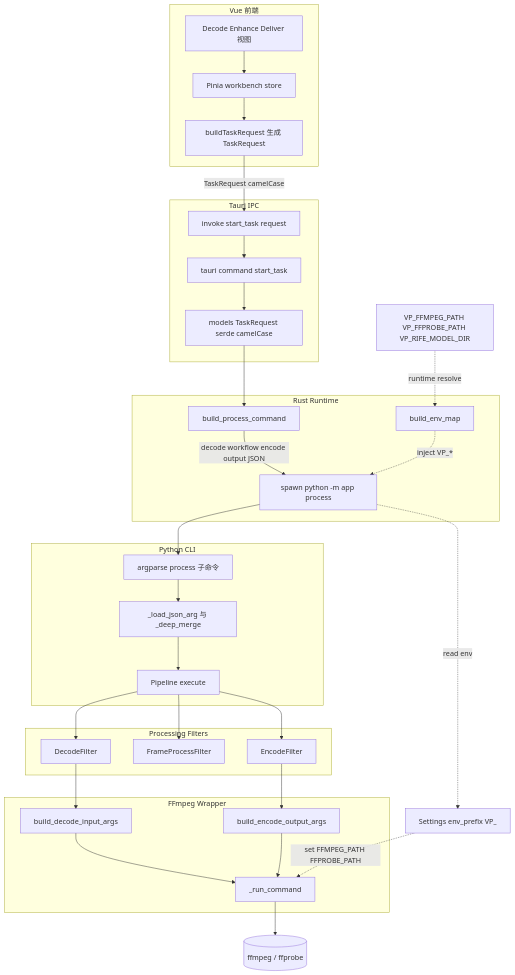
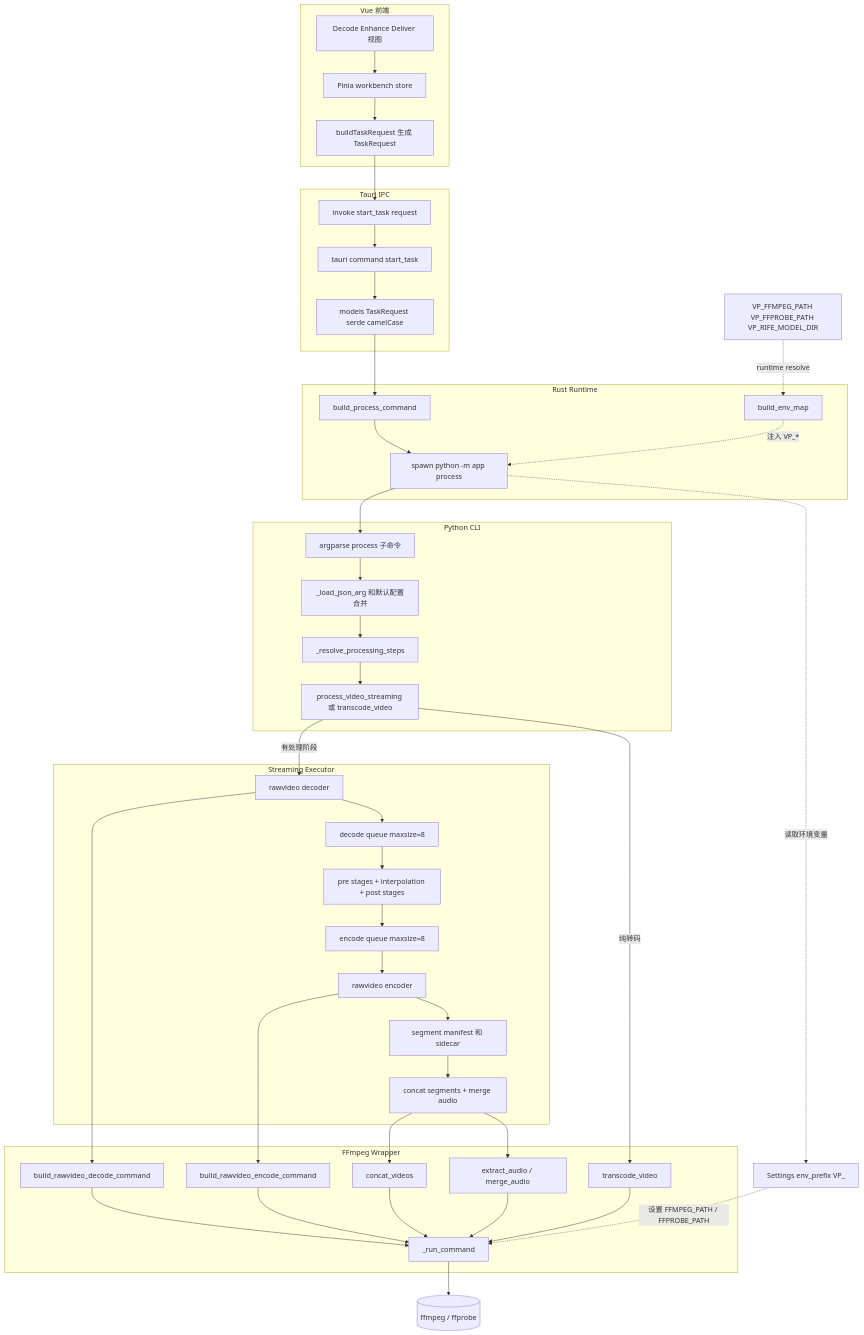
Before and after one commit to youge325/vp: the diagram in docs/architecture-parameter-flow.md, drawn with Mermaid. The commit also changed other lines of this file and 22 other files, not shown here.

````diff
--- a/docs/architecture-parameter-flow.md
+++ b/docs/architecture-parameter-flow.md
@@ -5,68 +5,70 @@
 ```mermaid
 graph TD
   subgraph FE[Vue 前端]
     FEView[Decode Enhance Deliver 视图]
     FEStore[Pinia workbench store]
     FEReq[buildTaskRequest 生成 TaskRequest]
   end
 
   subgraph IPC[Tauri IPC]
     FEInvoke[invoke start_task request]
     RSCommand[tauri command start_task]
     RSModel[models TaskRequest serde camelCase]
   end
 
   subgraph RT[Rust Runtime]
     RSBuild[build_process_command]
     RSEnv[build_env_map]
     RSPython[spawn python -m app process]
   end
 
   subgraph PY[Python CLI]
     PYParser[argparse process 子命令]
-    PYLoad[_load_json_arg 与 _deep_merge]
-    PYPipeline[Pipeline execute]
+    PYLoad[_load_json_arg 和默认配置合并]
+    PYPlan[_resolve_processing_steps]
+    PYExec[process_video_streaming 或 transcode_video]
   end
 
-  subgraph PF[Processing Filters]
-    PFDecode[DecodeFilter]
-    PFFrame[FrameProcessFilter]
-    PFEncode[EncodeFilter]
+  subgraph Stream[Streaming Executor]
+    SDecode[rawvideo decoder]
+    SQueue1[decode queue maxsize=8]
+    SProcess[pre stages + interpolation + post stages]
+    SQueue2[encode queue maxsize=8]
+    SEncode[rawvideo encoder]
+    SSegment[segment manifest 和 sidecar]
+    SFinalize[concat segments + merge audio]
   end
 
   subgraph FF[FFmpeg Wrapper]
-    FFDecode[build_decode_input_args]
-    FFEncode[build_encode_output_args]
+    FFDecode[build_rawvideo_decode_command]
+    FFEncode[build_rawvideo_encode_command]
+    FFConcat[concat_videos]
+    FFAudio[extract_audio / merge_audio]
+    FFDirect[transcode_video]
     FFRun[_run_command]
   end
 
   ENV[VP_FFMPEG_PATH VP_FFPROBE_PATH VP_RIFE_MODEL_DIR]
   CFG[Settings env_prefix VP_]
   BIN[(ffmpeg / ffprobe)]
 
-  FEView --> FEStore
-  FEStore --> FEReq
-  FEReq -->|TaskRequest camelCase| FEInvoke
-  FEInvoke --> RSCommand
-  RSCommand --> RSModel
-  RSModel --> RSBuild
-  RSBuild -->|decode workflow encode output JSON| RSPython
-  RSPython --> PYParser
-  PYParser --> PYLoad
-  PYLoad --> PYPipeline
+  FEView --> FEStore --> FEReq --> FEInvoke
+  FEInvoke --> RSCommand --> RSModel --> RSBuild --> RSPython
 
-  PYPipeline --> PFDecode
-  PYPipeline --> PFFrame
-  PYPipeline --> PFEncode
+  RSPython --> PYParser --> PYLoad --> PYPlan --> PYExec
 
-  PFDecode --> FFDecode
-  PFEncode --> FFEncode
-  FFDecode --> FFRun
-  FFEncode --> FFRun
-  FFRun --> BIN
+  PYExec -->|有处理阶段| SDecode
+  SDecode --> SQueue1 --> SProcess --> SQueue2 --> SEncode --> SSegment --> SFinalize
+  PYExec -->|纯转码| FFDirect
 
-  RSEnv -. inject VP_* .-> RSPython
+  SDecode --> FFDecode --> FFRun
+  SEncode --> FFEncode --> FFRun
+  SFinalize --> FFConcat --> FFRun
+  SFinalize --> FFAudio --> FFRun
+  FFDirect --> FFRun --> BIN
+
+  RSEnv -. 注入 VP_* .-> RSPython
   ENV -. runtime resolve .-> RSEnv
-  RSPython -. read env .-> CFG
-  CFG -. set FFMPEG_PATH FFPROBE_PATH .-> FFRun
+  RSPython -. 读取环境变量 .-> CFG
+  CFG -. 设置 FFMPEG_PATH / FFPROBE_PATH .-> FFRun
 ```
````
